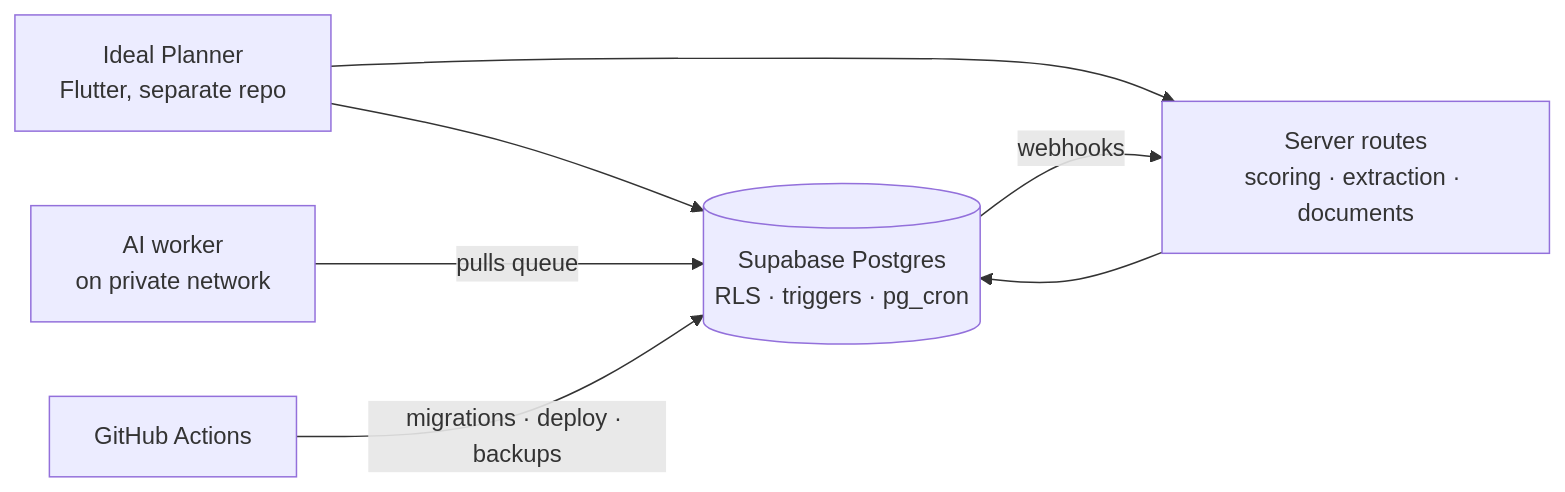
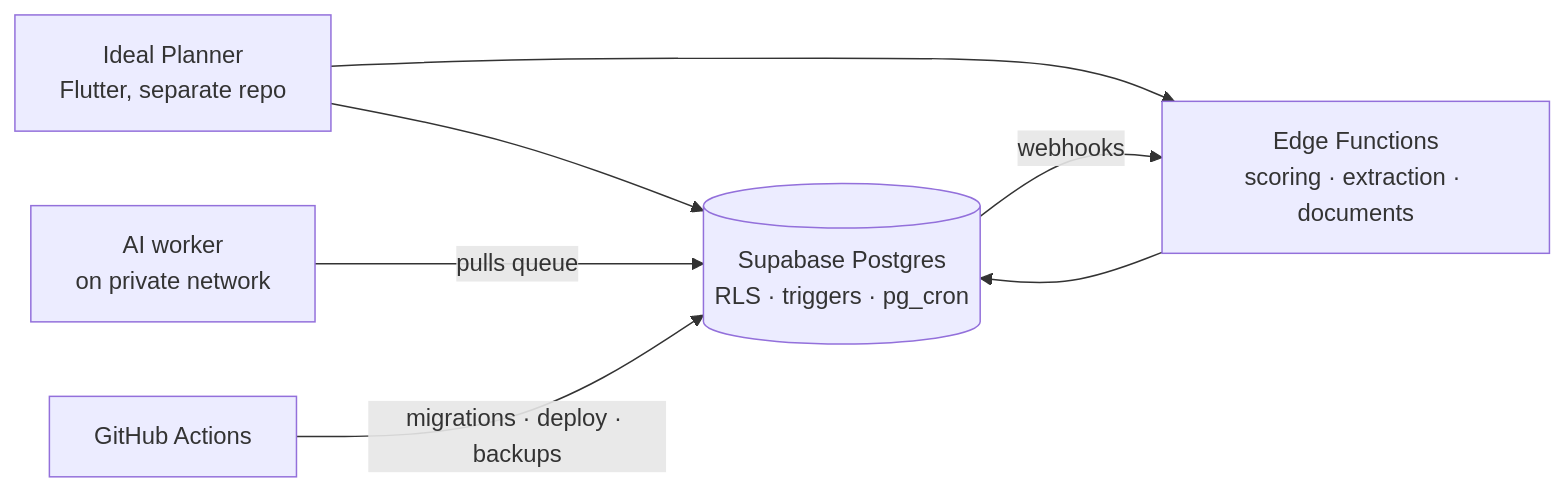
The diagram in README.md (kolevmvk/careerops), drawn with Mermaid before and after one commit. The commit also changed other lines of this file and 3 other files, not shown here.

First line of the commit message:
docs: replace stale Vercel/Next.js references with ADR-0016's Edge Functions

````diff
--- a/README.md
+++ b/README.md
@@ -42,9 +42,9 @@
 ```mermaid
 flowchart LR
     C[Ideal Planner<br/>Flutter, separate repo] --> DB[(Supabase Postgres<br/>RLS · triggers · pg_cron)]
-    C --> API[Server routes<br/>scoring · extraction · documents]
-    API --> DB
-    DB -- webhooks --> API
+    C --> FN[Edge Functions<br/>scoring · extraction · documents]
+    FN --> DB
+    DB -- webhooks --> FN
     AIW[AI worker<br/>on private network] -- pulls queue --> DB
     GH[GitHub Actions] -- migrations · deploy · backups --> DB
 ```
````
